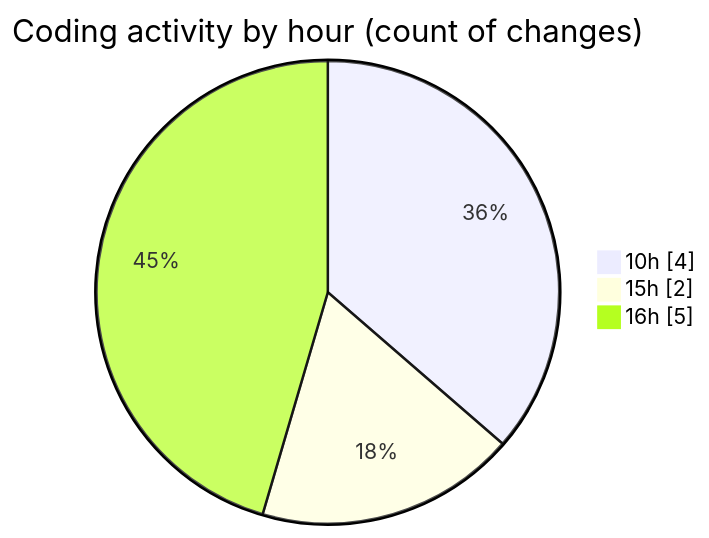
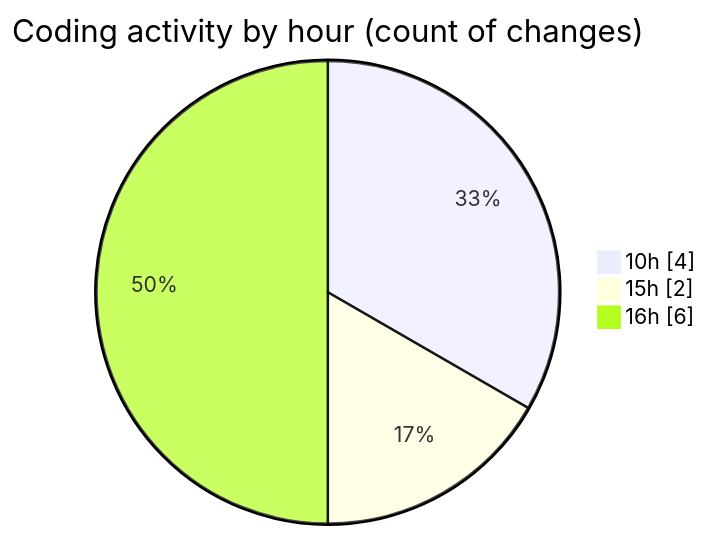
One commit to igalym/code-tracking changed the second of 2 diagrams in 2026-03-03/typescript/README.md. Above: the diagram before and after it, drawn with Mermaid. The commit also changed other lines of this file and 1 other file, not shown here.

````diff
--- a/2026-03-03/typescript/README.md
+++ b/2026-03-03/typescript/README.md
@@ -30,7 +30,7 @@
 ```mermaid
 pie showData
 title Coding activity by hour (count of changes)
 "10h" : 4
 "15h" : 2
-"16h" : 5
+"16h" : 6
 ```
````
